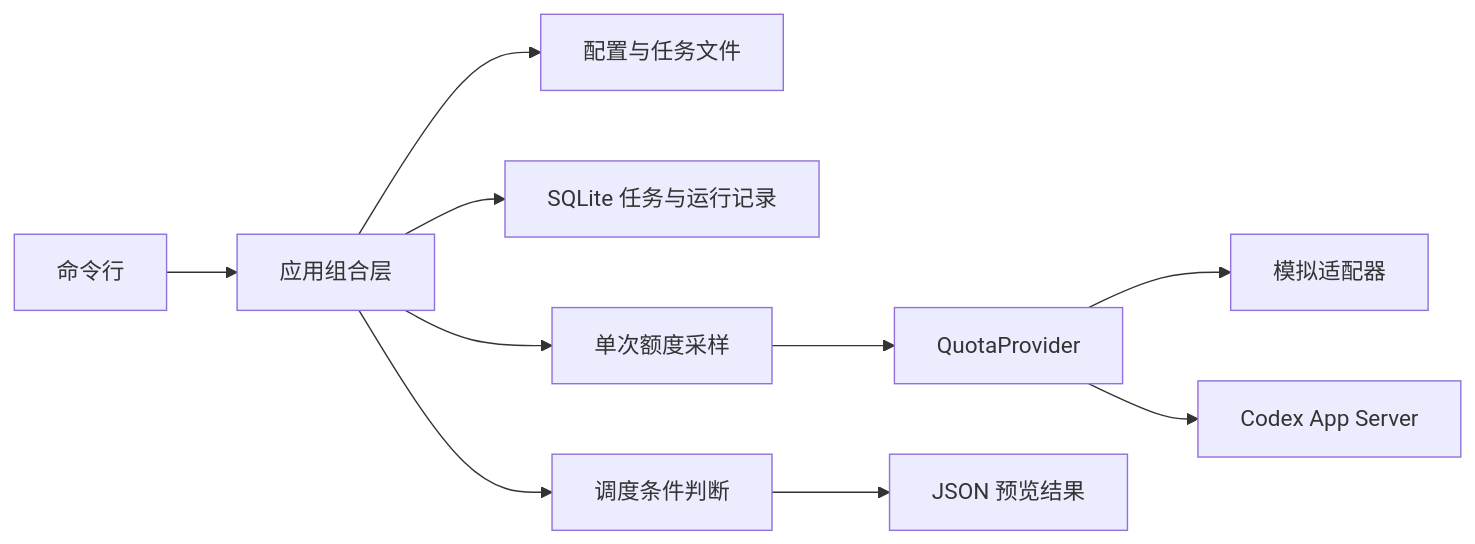
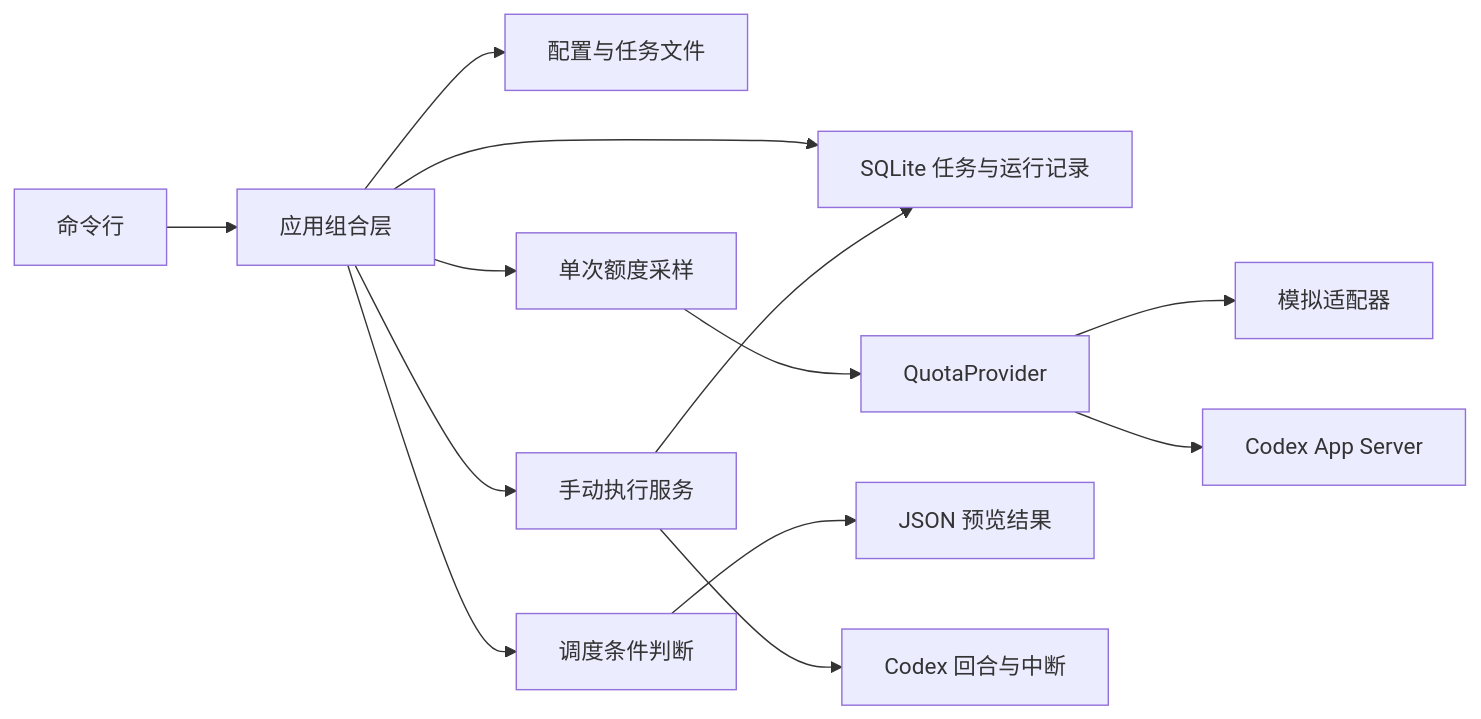
The diagram in docs/ARCHITECTURE.md (AiruoChen/codex-quota-scheduler), drawn with Mermaid before and after one commit. The commit also changed other lines of this file and 25 other files, not shown here.

````diff
--- a/docs/ARCHITECTURE.md
+++ b/docs/ARCHITECTURE.md
@@ -10,12 +10,15 @@
 ```mermaid
 flowchart LR
   CLI[命令行] --> App[应用组合层]
   App --> Config[配置与任务文件]
   App --> Store[SQLite 任务与运行记录]
   App --> Monitor[单次额度采样]
   Monitor --> Provider[QuotaProvider]
   Provider --> Mock[模拟适配器]
   Provider --> Codex[Codex App Server]
   App --> Policy[调度条件判断]
   Policy --> Preview[JSON 预览结果]
+  App --> Manual[手动执行服务]
+  Manual --> Store
+  Manual --> Turn[Codex 回合与中断]
 ```
````
